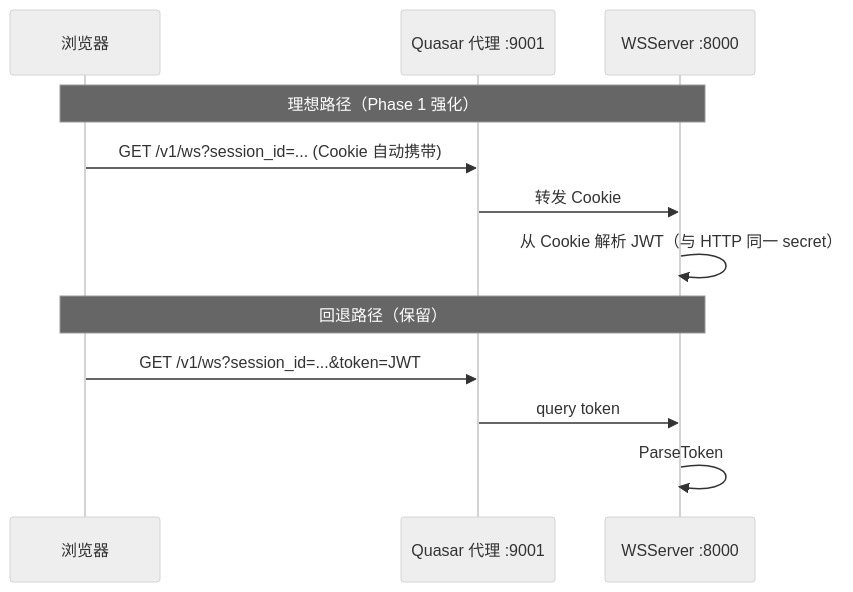
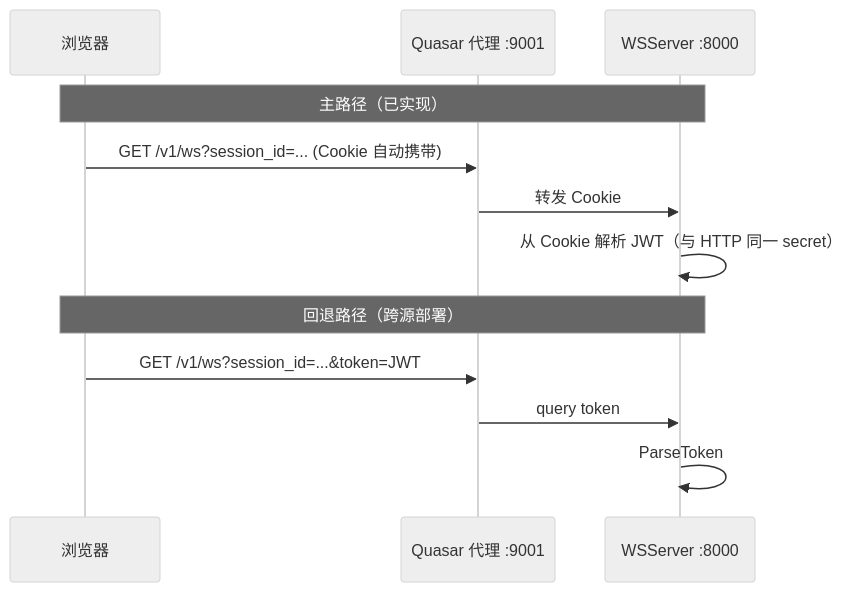
One commit to AmarsDing/aranea-agents changed the second of 4 diagrams in docs/development/31-admin-auth.design.md. Above: the diagram before and after it, drawn with Mermaid (neutral theme). The commit also changed other lines of this file and 617 other files, not shown here.

````diff
--- a/docs/development/31-admin-auth.design.md
+++ b/docs/development/31-admin-auth.design.md
@@ -128,16 +134,16 @@
 ```mermaid
 sequenceDiagram
   participant B as 浏览器
   participant P as Quasar 代理 :9001
   participant S as WSServer :8000
 
-  Note over B,S: 理想路径（Phase 1 强化）
+  Note over B,S: 主路径（已实现）
   B->>P: GET /v1/ws?session_id=... (Cookie 自动携带)
   P->>S: 转发 Cookie
   S->>S: 从 Cookie 解析 JWT（与 HTTP 同一 secret）
 
-  Note over B,S: 回退路径（保留）
+  Note over B,S: 回退路径（跨源部署）
   B->>P: GET /v1/ws?session_id=...&token=JWT
   P->>S: query token
   S->>S: ParseToken
 ```
````
